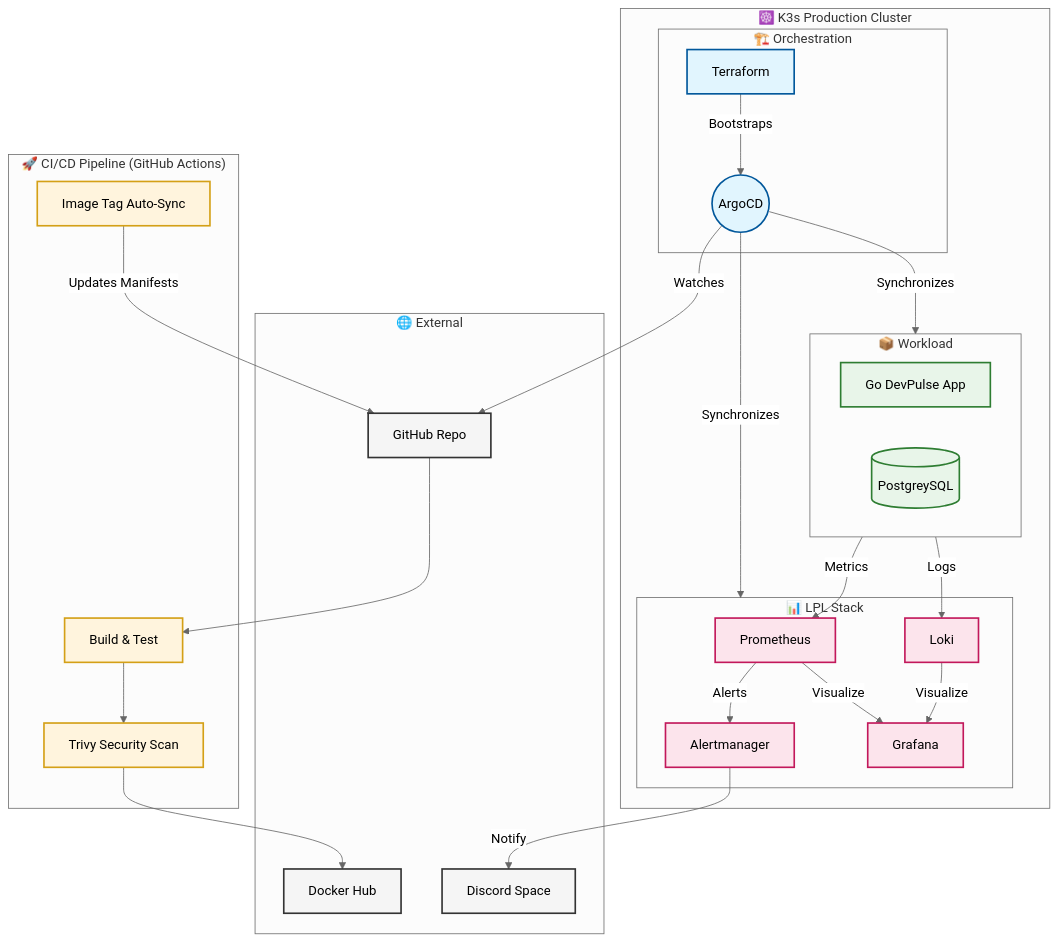
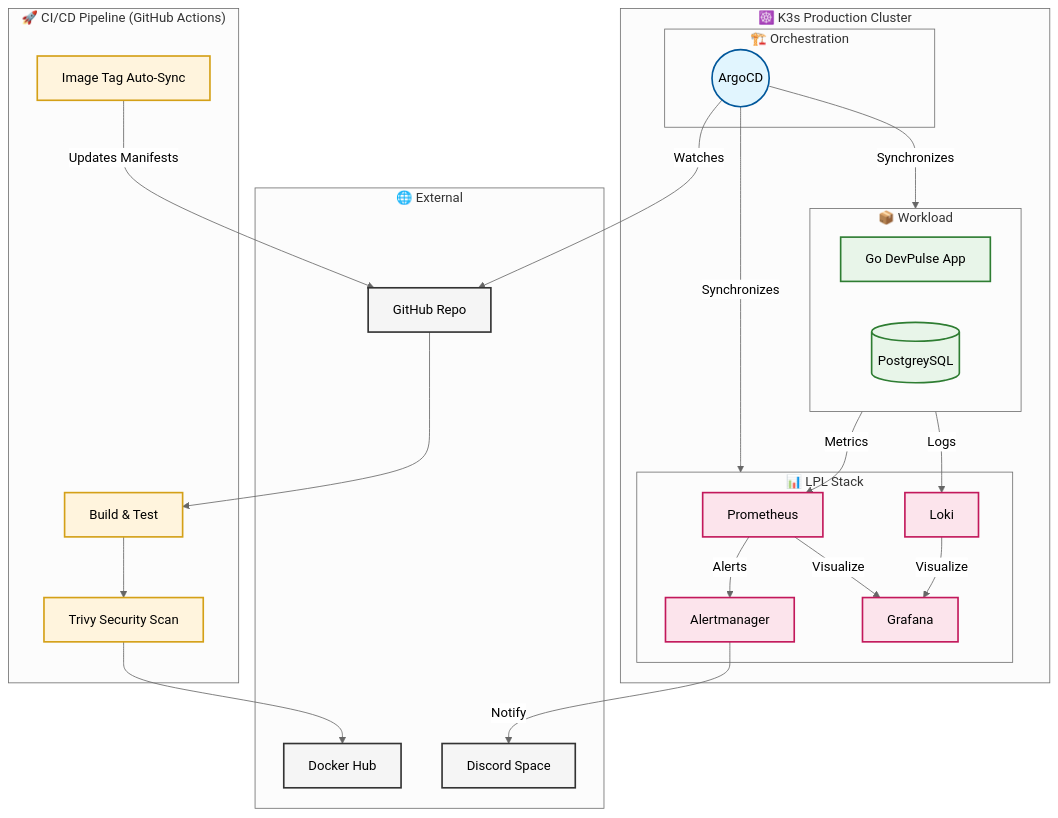
One commit to ShubhamShrestha60/Go-DevOps-Project changed the diagram in README.md. Above: the diagram before and after it, drawn with Mermaid (neutral theme). The commit also changed other lines of this file, not shown here.

Commit message:
docs: finalize professional architecture and devops guide

````diff
--- a/README.md
+++ b/README.md
@@ -21,62 +19,60 @@
 ```mermaid
 graph TD
     %% Styling
     classDef external fill:#f5f5f5,stroke:#333,stroke-width:2px;
     classDef pipeline fill:#fff4dd,stroke:#d4a017,stroke-width:2px;
     classDef infra fill:#e1f5fe,stroke:#01579b,stroke-width:2px;
     classDef workload fill:#e8f5e9,stroke:#2e7d32,stroke-width:2px;
     classDef monitoring fill:#fce4ec,stroke:#c2185b,stroke-width:2px;
 
     subgraph External ["🌐 External"]
         GH[GitHub Repo]
         DH[Docker Hub]
         DISC[Discord Space]
     end
 
     subgraph CI_CD ["🚀 CI/CD Pipeline (GitHub Actions)"]
         GA[Build & Test]
         TRV[Trivy Security Scan]
         SYNC[Image Tag Auto-Sync]
     end
 
     subgraph Cluster ["☸️ K3s Production Cluster"]
         subgraph Orchestration ["🏗️ Orchestration"]
-            TF[Terraform]
             ACD((ArgoCD))
         end
 
         subgraph Observability ["📊 LPL Stack"]
             PR[Prometheus]
             ALM[Alertmanager]
             GR[Grafana]
             LK[Loki]
         end
 
         subgraph Core_App ["📦 Workload"]
             APP[Go DevPulse App]
             DB[(PostgreySQL)]
         end
     end
 
     %% Component Roles
     class GH,DH,DISC external;
     class GA,TRV,SYNC pipeline;
     class TF,ACD infra;
     class APP,DB workload;
     class PR,ALM,GR,LK monitoring;
 
     %% Workflow Connections
     GH --> GA --> TRV --> DH
     SYNC -- "Updates Manifests" --> GH
-    TF -- "Bootstraps" --> ACD
     ACD -- "Watches" --> GH
     ACD -- "Synchronizes" --> Core_App
     ACD -- "Synchronizes" --> Observability
     
     %% Logs & Metrics
     Core_App -- "Metrics" --> PR
     Core_App -- "Logs" --> LK
     PR -- "Alerts" --> ALM
     ALM -- "Notify" --> DISC
     PR & LK -- "Visualize" --> GR
 ```
````
